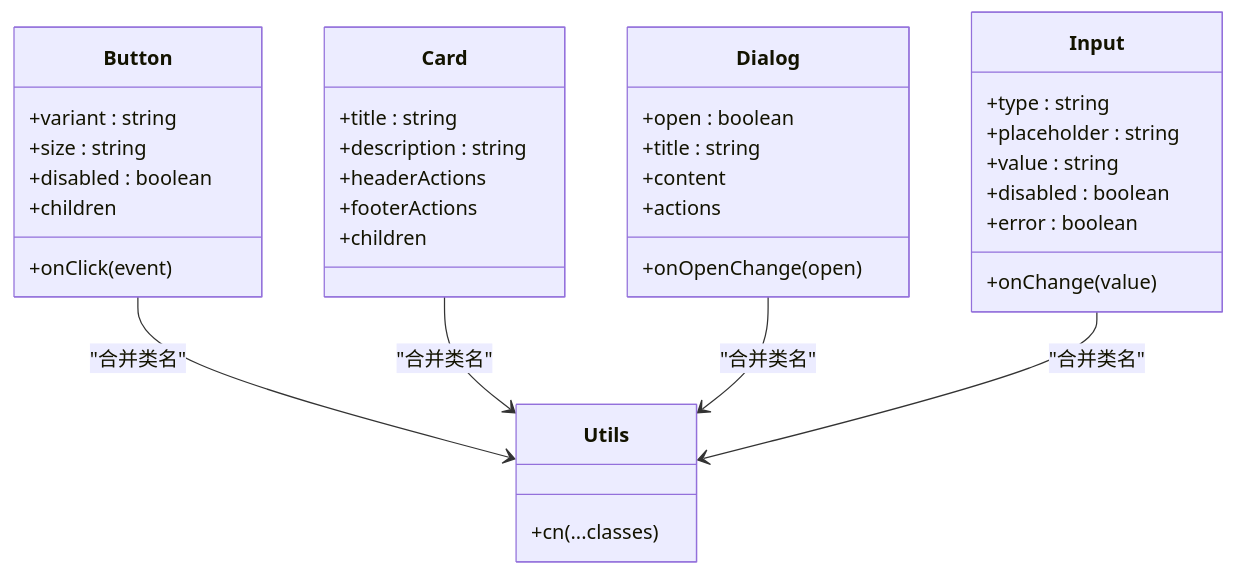
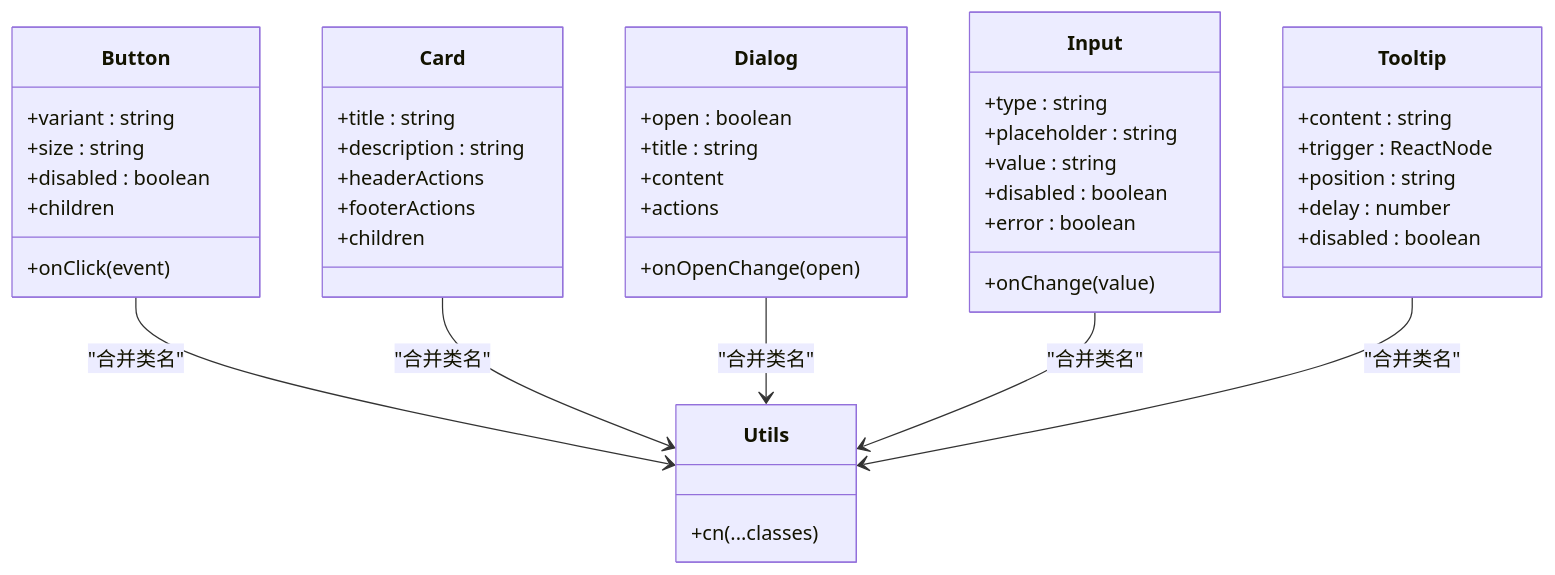
The second of 9 diagrams in .qoder/repowiki/zh/content/前端应用架构/UI组件系统.md (zmdhdu/NexusCockpit), drawn with Mermaid before and after one commit. The commit also changed other lines of this file and 16 other files, not shown here.

````diff
--- a/.qoder/repowiki/zh/content/前端应用架构/UI组件系统.md
+++ b/.qoder/repowiki/zh/content/前端应用架构/UI组件系统.md
@@ -90,39 +105,47 @@
 ```mermaid
 classDiagram
 class Button {
 +variant : string
 +size : string
 +disabled : boolean
 +onClick(event)
 +children
 }
 class Card {
 +title : string
 +description : string
 +headerActions
 +footerActions
 +children
 }
 class Dialog {
 +open : boolean
 +onOpenChange(open)
 +title : string
 +content
 +actions
 }
 class Input {
 +type : string
 +placeholder : string
 +value : string
 +onChange(value)
 +disabled : boolean
 +error : boolean
 }
+class Tooltip {
++content : string
++trigger : ReactNode
++position : string
++delay : number
++disabled : boolean
+}
 class Utils {
 +cn(...classes)
 }
 Button --> Utils : "合并类名"
 Card --> Utils : "合并类名"
 Dialog --> Utils : "合并类名"
 Input --> Utils : "合并类名"
+Tooltip --> Utils : "合并类名"
 ```
````
